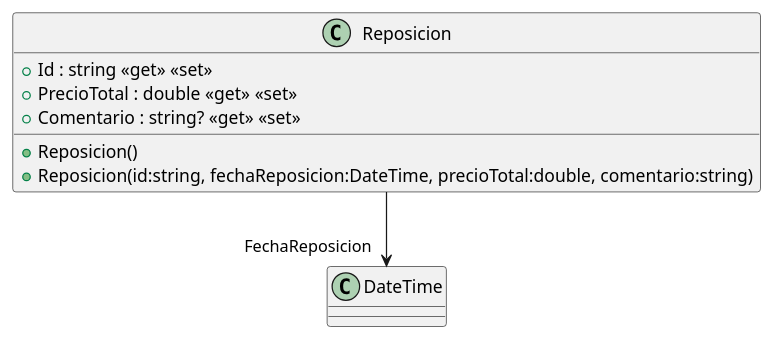
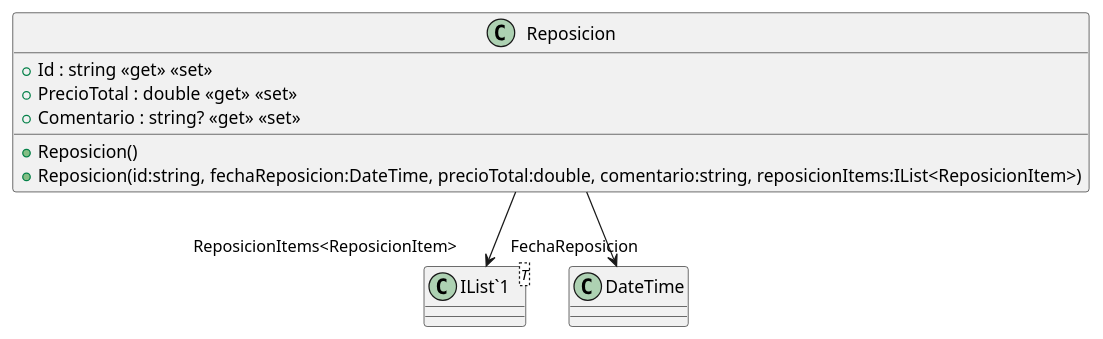
The diagram in src/AppForSEII.API/ClassDiagram/Reposicion.puml (ISII2627LosElnes/ISII2627LosElnes), drawn with PlantUML before and after one commit. The commit also changed 8 other files, not shown here.

```diff
--- a/src/AppForSEII.API/ClassDiagram/Reposicion.puml
+++ b/src/AppForSEII.API/ClassDiagram/Reposicion.puml
@@ -1,10 +1,13 @@
 @startuml
 class Reposicion {
     + Reposicion()
-    + Reposicion(id:string, fechaReposicion:DateTime, precioTotal:double, comentario:string)
+    + Reposicion(id:string, fechaReposicion:DateTime, precioTotal:double, comentario:string, reposicionItems:IList<ReposicionItem>)
     + Id : string <<get>> <<set>>
     + PrecioTotal : double <<get>> <<set>>
     + Comentario : string? <<get>> <<set>>
 }
+class "IList`1"<T> {
+}
 Reposicion --> "FechaReposicion" DateTime
+Reposicion --> "ReposicionItems<ReposicionItem>" "IList`1"
 @enduml
```
